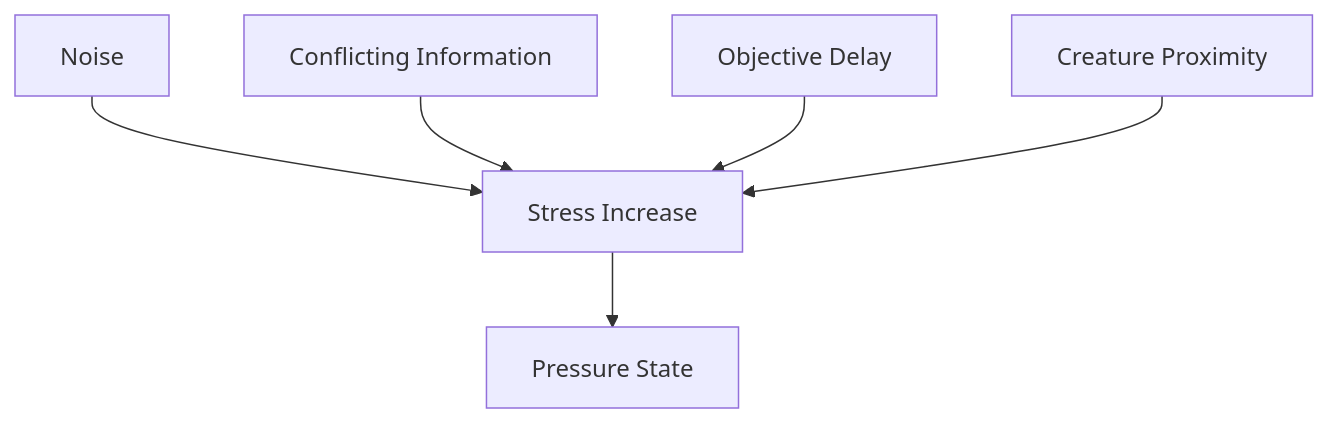
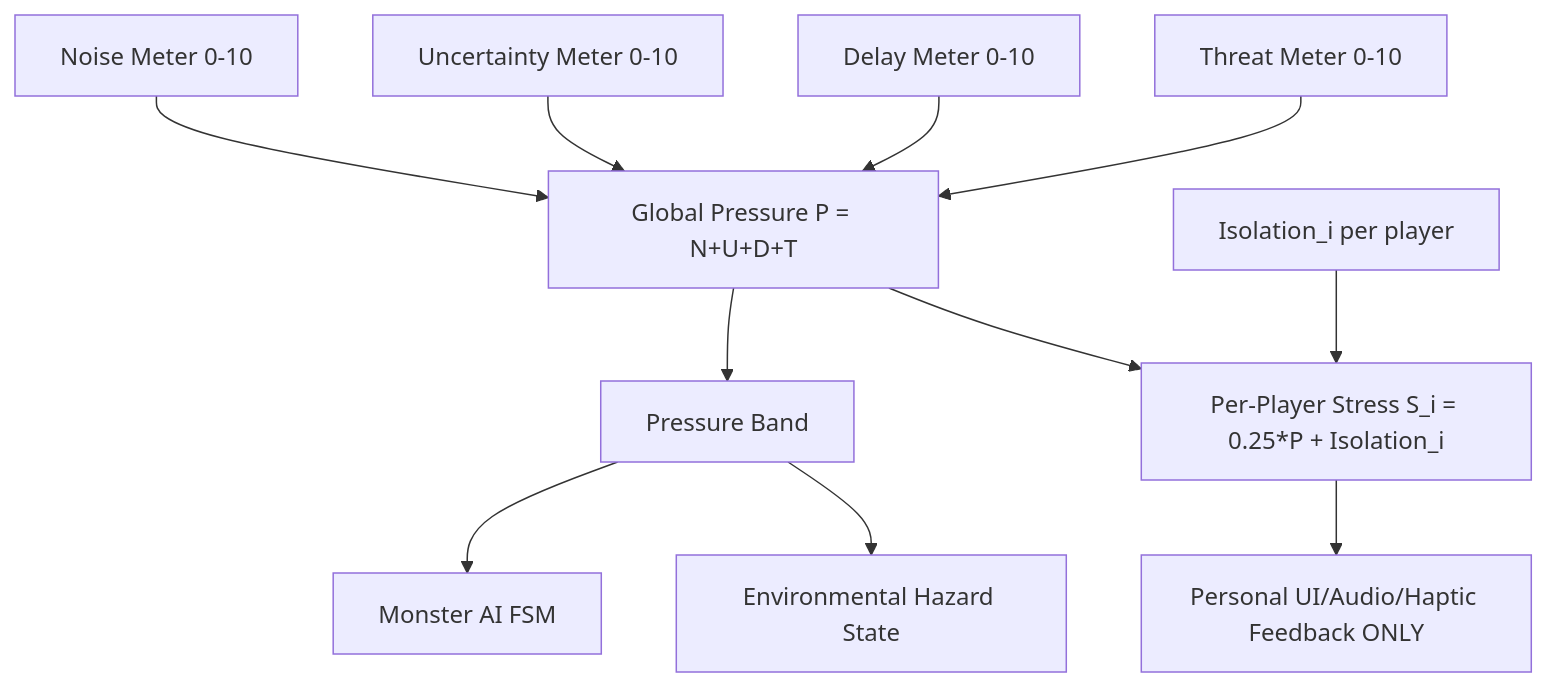
Before and after one commit to snehadpatel/QuestBit: the first of 2 diagrams in Project-Echo/docs/GDD/11 Stress System.md, drawn with Mermaid. The commit also changed other lines of this file and 16 other files, not shown here.

````diff
--- a/Project-Echo/docs/GDD/11 Stress System.md
+++ b/Project-Echo/docs/GDD/11 Stress System.md
@@ -28,8 +38,13 @@
 ```mermaid
 flowchart TD
-    A[Noise] --> B[Stress Increase]
-    C[Conflicting Information] --> B
-    D[Objective Delay] --> B
-    E[Creature Proximity] --> B
-    B --> F[Pressure State]
+    N[Noise Meter 0-10] --> P[Global Pressure P = N+U+D+T]
+    U[Uncertainty Meter 0-10] --> P
+    D[Delay Meter 0-10] --> P
+    T[Threat Meter 0-10] --> P
+    P --> B[Pressure Band]
+    B --> Creature[Monster AI FSM]
+    B --> Hazard[Environmental Hazard State]
+    P --> Si["Per-Player Stress S_i = 0.25*P + Isolation_i"]
+    Iso[Isolation_i per player] --> Si
+    Si --> UI[Personal UI/Audio/Haptic Feedback ONLY]
 ```
````
